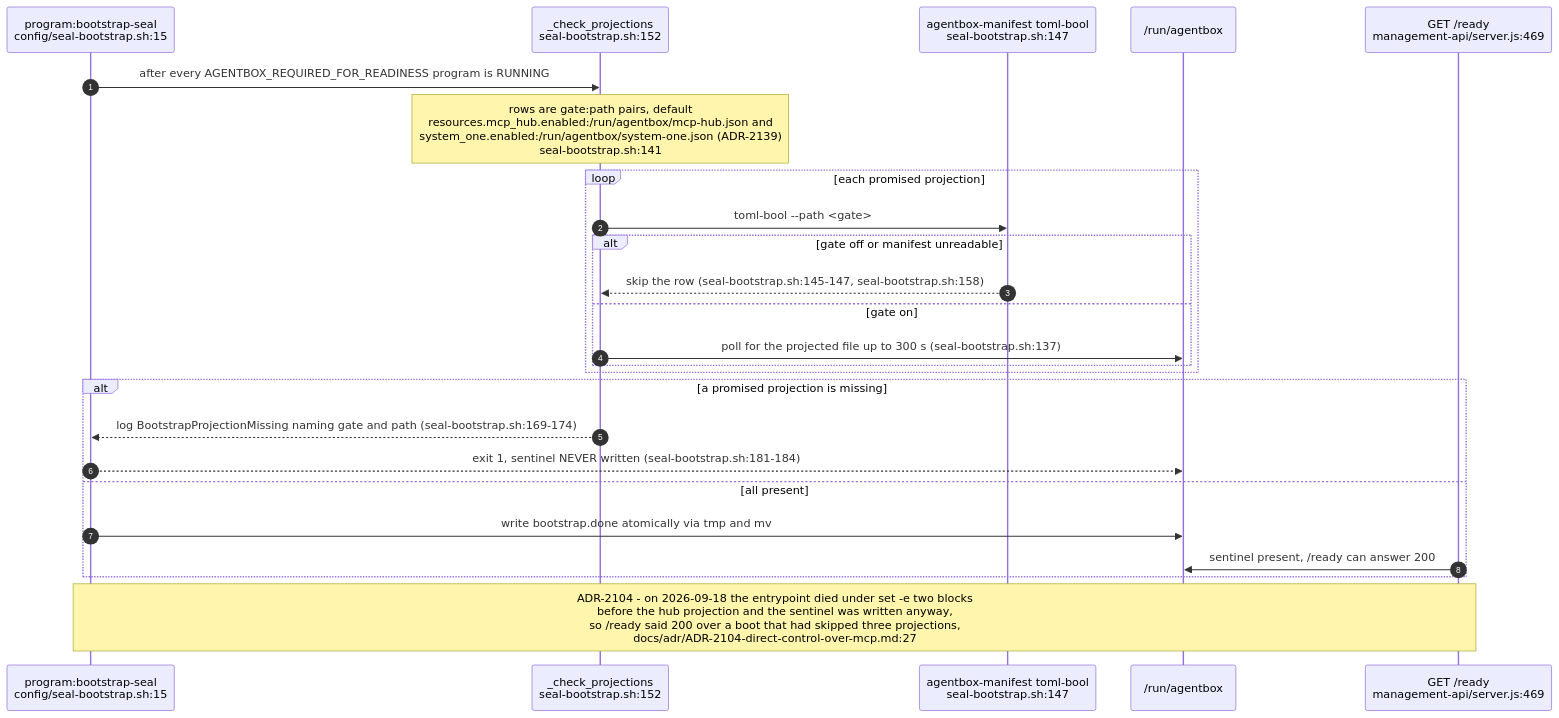
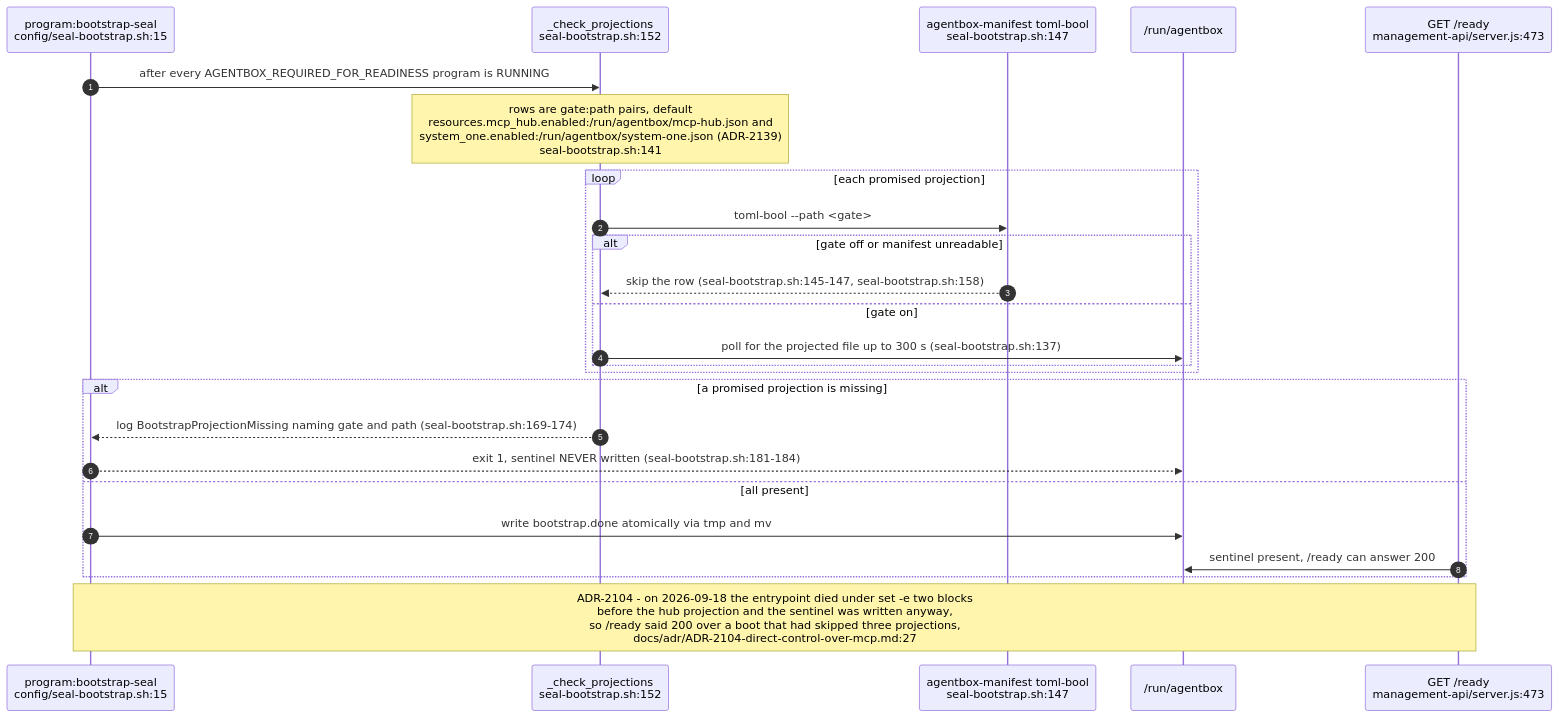
One commit to DreamLab-AI/VisionFlow changed diagram 19 of 21 in docs/diagrams/agentbox/02-boot-sequence-and-readiness.md. Above: the diagram before and after it, drawn with Mermaid. The commit also changed other lines of this file and 8 other files, not shown here.

First line of the commit message:
docs(diagrams): re-verify the NIP-98 proxy topics and the custody counts at agentbox 0693c761c (VF-DIAGRAM-NIP98-DRIFT)

````diff
--- a/docs/diagrams/agentbox/02-boot-sequence-and-readiness.md
+++ b/docs/diagrams/agentbox/02-boot-sequence-and-readiness.md
@@ -761,28 +764,28 @@
 ```mermaid
 sequenceDiagram
     autonumber
     participant SEAL as program:bootstrap-seal<br/>config/seal-bootstrap.sh:15
     participant CP as _check_projections<br/>seal-bootstrap.sh:152
     participant AM as agentbox-manifest toml-bool<br/>seal-bootstrap.sh:147
     participant FS as /run/agentbox
-    participant RDY as GET /ready<br/>management-api/server.js:469
+    participant RDY as GET /ready<br/>management-api/server.js:473
 
     SEAL->>CP: after every AGENTBOX_REQUIRED_FOR_READINESS program is RUNNING
     Note over CP: rows are gate:path pairs, default<br/>resources.mcp_hub.enabled:/run/agentbox/mcp-hub.json and<br/>system_one.enabled:/run/agentbox/system-one.json (ADR-2139)<br/>seal-bootstrap.sh:141
     loop each promised projection
         CP->>AM: toml-bool --path <gate>
         alt gate off or manifest unreadable
             AM-->>CP: skip the row (seal-bootstrap.sh:145-147, seal-bootstrap.sh:158)
         else gate on
             CP->>FS: poll for the projected file up to 300 s (seal-bootstrap.sh:137)
         end
     end
     alt a promised projection is missing
         CP-->>SEAL: log BootstrapProjectionMissing naming gate and path (seal-bootstrap.sh:169-174)
         SEAL-->>FS: exit 1, sentinel NEVER written (seal-bootstrap.sh:181-184)
     else all present
         SEAL->>FS: write bootstrap.done atomically via tmp and mv
         RDY->>FS: sentinel present, /ready can answer 200
     end
     Note over SEAL,RDY: ADR-2104 - on 2026-09-18 the entrypoint died under set -e two blocks<br/>before the hub projection and the sentinel was written anyway,<br/>so /ready said 200 over a boot that had skipped three projections,<br/>docs/adr/ADR-2104-direct-control-over-mcp.md:27
 ```
````
